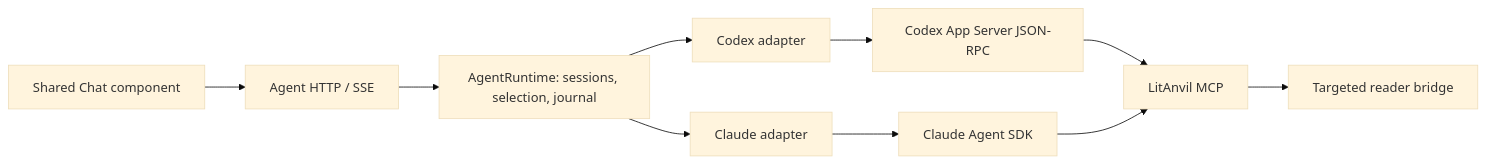
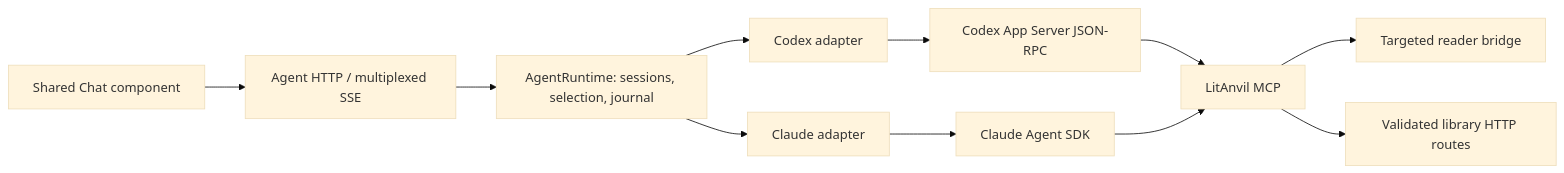
One commit to AutoRecursive/LitAnvil changed the diagram in docs/architecture.md. Above: the diagram before and after it, drawn with Mermaid (base theme). The commit also changed other lines of this file and 18 other files, not shown here.

Commit message:
Add agent library operations and multiplex live UI synchronization

````diff
--- a/docs/architecture.md
+++ b/docs/architecture.md
@@ -5,12 +5,13 @@
 ```mermaid
 flowchart LR
-  UI[Shared Chat component] --> HTTP[Agent HTTP / SSE]
+  UI[Shared Chat component] --> HTTP[Agent HTTP / multiplexed SSE]
   HTTP --> Runtime[AgentRuntime: sessions, selection, journal]
   Runtime --> Codex[Codex adapter]
   Runtime --> Claude[Claude adapter]
   Codex --> AppServer[Codex App Server JSON-RPC]
   Claude --> SDK[Claude Agent SDK]
   AppServer --> MCP[LitAnvil MCP]
   SDK --> MCP
   MCP --> Reader[Targeted reader bridge]
+  MCP --> Library[Validated library HTTP routes]
 ```
````
